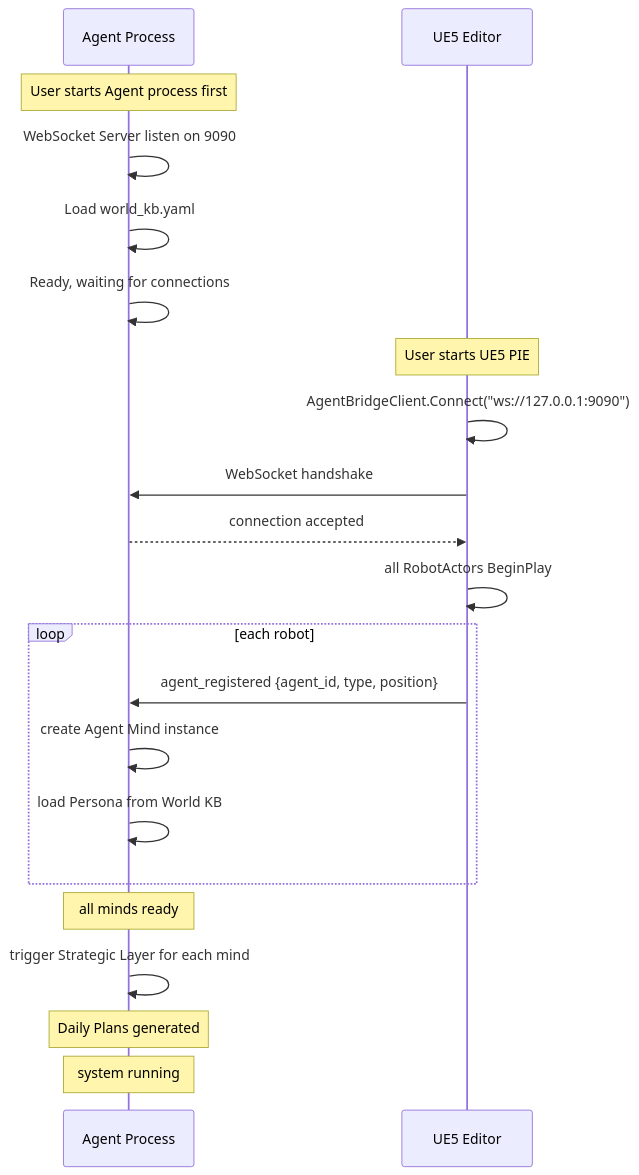
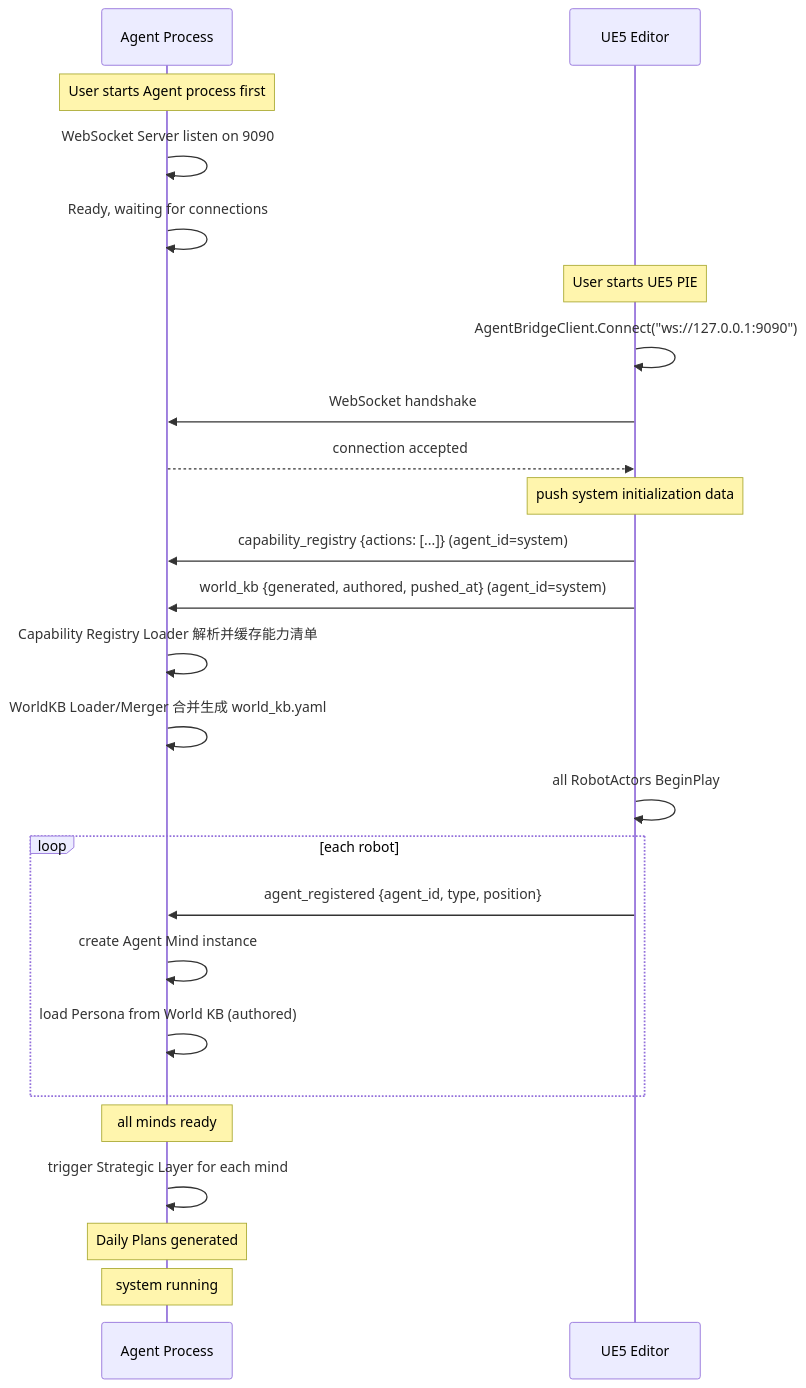
The eighth of 10 diagrams in docs/AgentTown_CommProtocol_Values.md (yitian-chen/SmartNPC), drawn with Mermaid before and after one commit. The commit also changed other lines of this file and 3 other files, not shown here.

````diff
--- a/docs/AgentTown_CommProtocol_Values.md
+++ b/docs/AgentTown_CommProtocol_Values.md
@@ -855,27 +1127,32 @@
 ```mermaid
 sequenceDiagram
     participant Agent as Agent Process
     participant UE as UE5 Editor
 
     Note over Agent: User starts Agent process first
     Agent->>Agent: WebSocket Server listen on 9090
-    Agent->>Agent: Load world_kb.yaml
     Agent->>Agent: Ready, waiting for connections
 
     Note over UE: User starts UE5 PIE
     UE->>UE: AgentBridgeClient.Connect("ws://127.0.0.1:9090")
     UE->>Agent: WebSocket handshake
     Agent-->>UE: connection accepted
 
+    Note over UE: push system initialization data
+    UE->>Agent: capability_registry {actions: [...]} (agent_id=system)
+    UE->>Agent: world_kb {generated, authored, pushed_at} (agent_id=system)
+    Agent->>Agent: Capability Registry Loader 解析并缓存能力清单
+    Agent->>Agent: WorldKB Loader/Merger 合并生成 world_kb.yaml
+
     UE->>UE: all RobotActors BeginPlay
     loop each robot
         UE->>Agent: agent_registered {agent_id, type, position}
         Agent->>Agent: create Agent Mind instance
-        Agent->>Agent: load Persona from World KB
+        Agent->>Agent: load Persona from World KB (authored)
     end
 
     Note over Agent: all minds ready
     Agent->>Agent: trigger Strategic Layer for each mind
     Note over Agent: Daily Plans generated
     Note over Agent: system running
 ```
````
